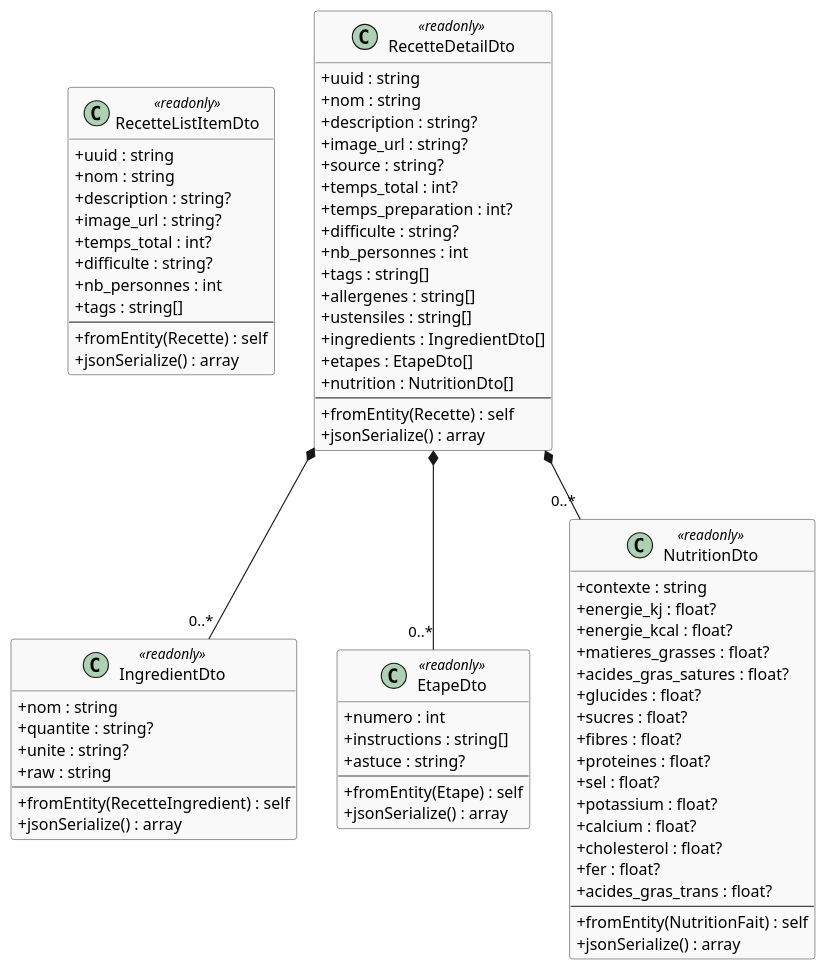
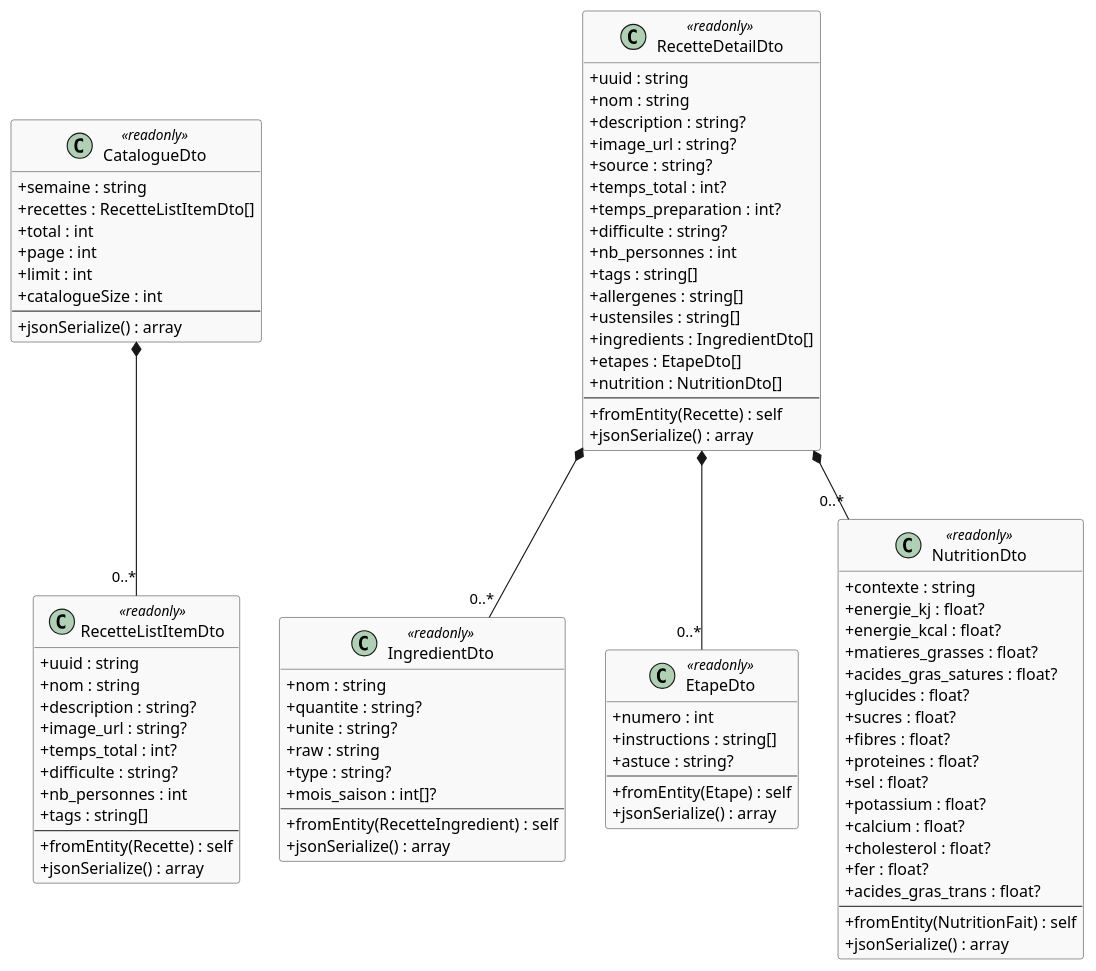
One commit to VincentC7/Kubo changed the diagram in .github/uml/dtos.puml. Above: the diagram before and after it, drawn with PlantUML. The commit also changed 26 other files, not shown here.

```diff
--- a/.github/uml/dtos.puml
+++ b/.github/uml/dtos.puml
@@ -1,88 +1,103 @@
 @startuml
 
 skinparam classAttributeIconSize 0
 skinparam class {
   BackgroundColor #f9f9f9
   BorderColor #444
 }
 
 class RecetteListItemDto <<readonly>> {
   + uuid : string
   + nom : string
   + description : string?
   + image_url : string?
   + temps_total : int?
   + difficulte : string?
   + nb_personnes : int
   + tags : string[]
   --
   + fromEntity(Recette) : self
   + jsonSerialize() : array
 }
 
 class RecetteDetailDto <<readonly>> {
   + uuid : string
   + nom : string
   + description : string?
   + image_url : string?
   + source : string?
   + temps_total : int?
   + temps_preparation : int?
   + difficulte : string?
   + nb_personnes : int
   + tags : string[]
   + allergenes : string[]
   + ustensiles : string[]
   + ingredients : IngredientDto[]
   + etapes : EtapeDto[]
   + nutrition : NutritionDto[]
   --
   + fromEntity(Recette) : self
   + jsonSerialize() : array
 }
 
 class IngredientDto <<readonly>> {
   + nom : string
   + quantite : string?
   + unite : string?
   + raw : string
+  + type : string?
+  + mois_saison : int[]?
   --
   + fromEntity(RecetteIngredient) : self
   + jsonSerialize() : array
 }
 
 class EtapeDto <<readonly>> {
   + numero : int
   + instructions : string[]
   + astuce : string?
   --
   + fromEntity(Etape) : self
   + jsonSerialize() : array
 }
 
 class NutritionDto <<readonly>> {
   + contexte : string
   + energie_kj : float?
   + energie_kcal : float?
   + matieres_grasses : float?
   + acides_gras_satures : float?
   + glucides : float?
   + sucres : float?
   + fibres : float?
   + proteines : float?
   + sel : float?
   + potassium : float?
   + calcium : float?
   + cholesterol : float?
   + fer : float?
   + acides_gras_trans : float?
   --
   + fromEntity(NutritionFait) : self
   + jsonSerialize() : array
 }
 
 RecetteDetailDto *-- "0..*" IngredientDto
 RecetteDetailDto *-- "0..*" EtapeDto
 RecetteDetailDto *-- "0..*" NutritionDto
 
+class CatalogueDto <<readonly>> {
+  + semaine : string
+  + recettes : RecetteListItemDto[]
+  + total : int
+  + page : int
+  + limit : int
+  + catalogueSize : int
+  --
+  + jsonSerialize() : array
+}
+
+CatalogueDto *-- "0..*" RecetteListItemDto
+
 @enduml
```
